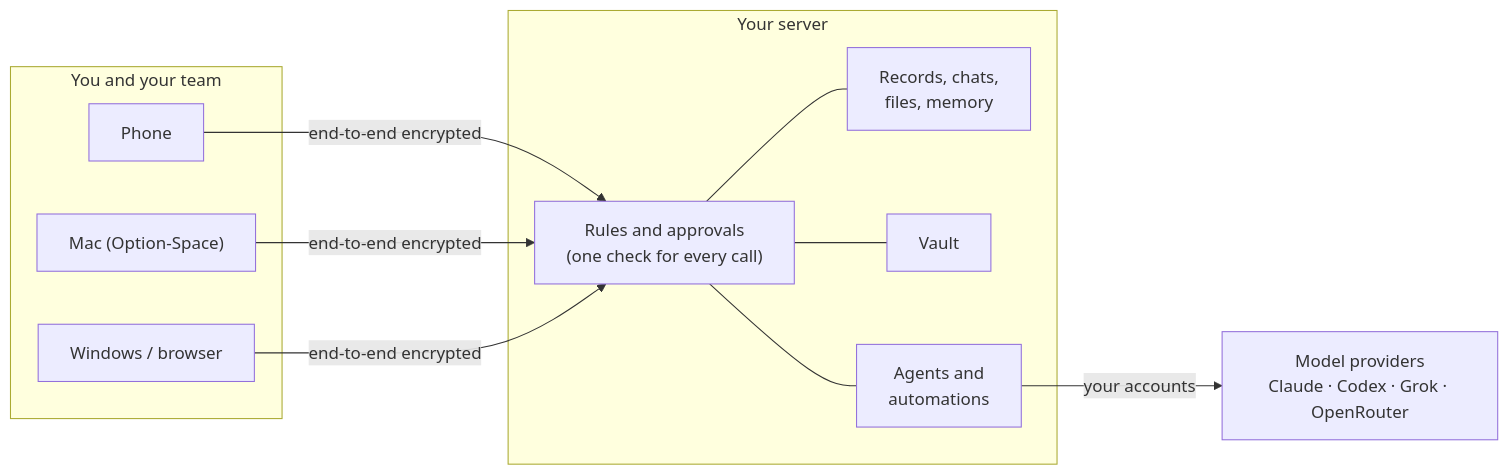
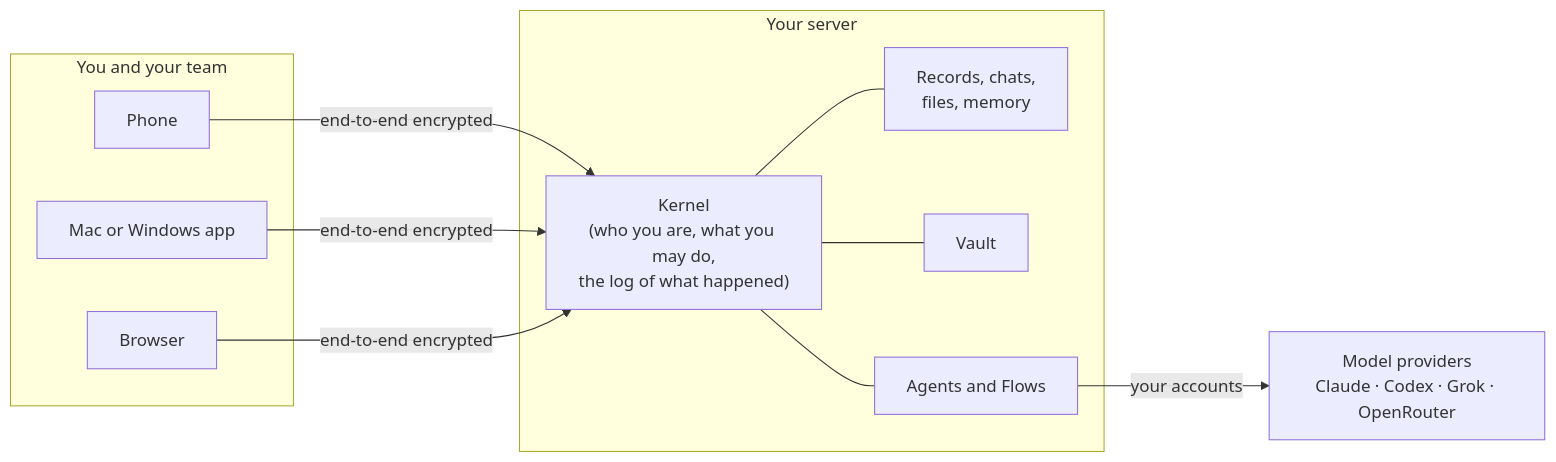
One commit to vyre-ai/vyre changed the diagram in README.md. Above: the diagram before and after it, drawn with Mermaid. The commit also changed other lines of this file and 6 other files, not shown here.

Commit message:
docs: README for 0.5 and a ten-minute architecture overview

````diff
--- a/README.md
+++ b/README.md
@@ -47,20 +48,20 @@
 ```mermaid
 flowchart LR
   subgraph You["You and your team"]
     P["Phone"]
-    M["Mac (Option-Space)"]
-    W["Windows / browser"]
+    M["Mac or Windows app"]
+    W["Browser"]
   end
   subgraph Server["Your server"]
-    K["Rules and approvals<br/>(one check for every call)"]
+    K["Kernel<br/>(who you are, what you may do,<br/>the log of what happened)"]
     R["Records, chats,<br/>files, memory"]
     V["Vault"]
-    A["Agents and<br/>automations"]
+    A["Agents and Flows"]
   end
   L["Model providers<br/>Claude · Codex · Grok · OpenRouter"]
   P & M & W -- "end-to-end encrypted" --> K
   K --- R
   K --- V
   K --- A
   A -- "your accounts" --> L
 ```
````
